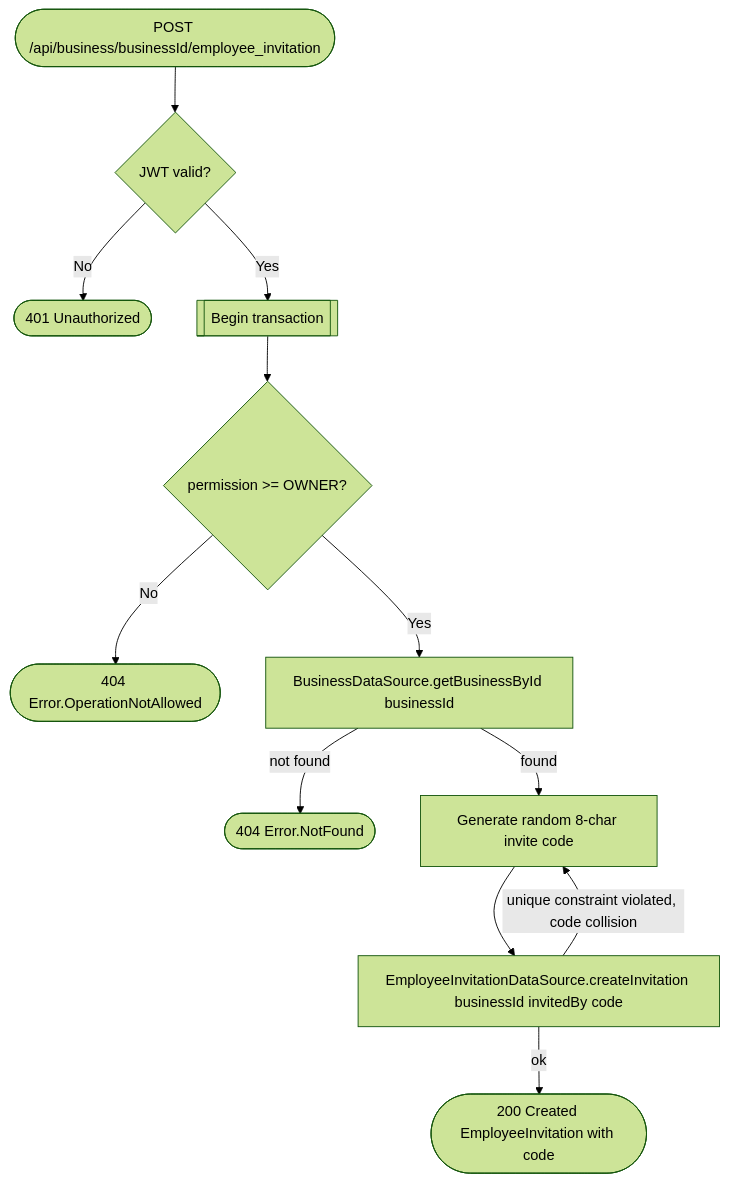
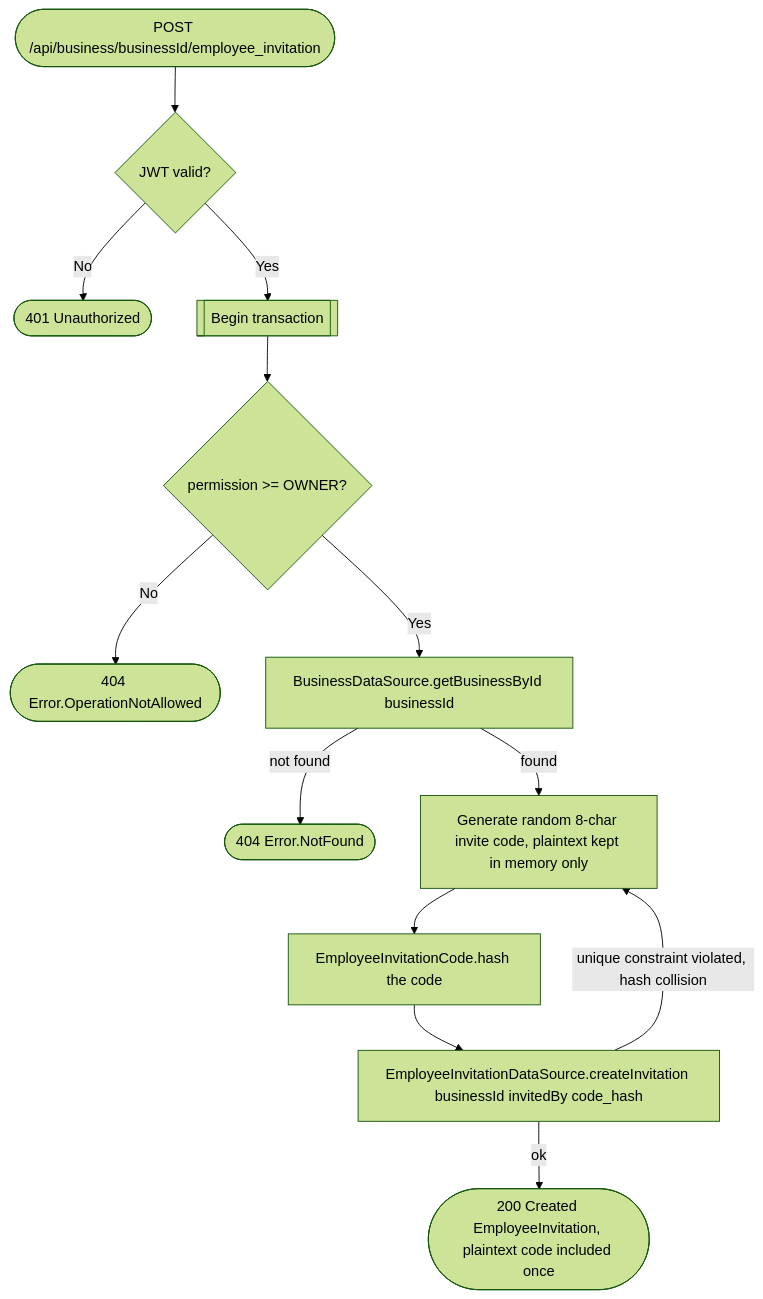
One commit to an22/bookk.me-backend changed the diagram in docs/operations/business/create-employee-invitation.md. Above: the diagram before and after it, drawn with Mermaid (forest theme). The commit also changed other lines of this file and 16 other files, not shown here.

````diff
--- a/docs/operations/business/create-employee-invitation.md
+++ b/docs/operations/business/create-employee-invitation.md
@@ -22,14 +36,15 @@
 ```mermaid
 flowchart TD
     Start([POST /api/business/businessId/employee_invitation]) --> Auth{JWT valid?}
     Auth -- No --> R401([401 Unauthorized])
     Auth -- Yes --> Tx[[Begin transaction]]
     Tx --> Perm{permission >= OWNER?}
     Perm -- No --> R404a([404 Error.OperationNotAllowed])
     Perm -- Yes --> GetBiz[BusinessDataSource.getBusinessById businessId]
     GetBiz -- not found --> R404b([404 Error.NotFound])
-    GetBiz -- found --> GenCode[Generate random 8-char invite code]
-    GenCode --> CreateInvite[EmployeeInvitationDataSource.createInvitation businessId invitedBy code]
-    CreateInvite -- unique constraint violated, code collision --> GenCode
-    CreateInvite -- ok --> R200([200 Created EmployeeInvitation with code])
+    GetBiz -- found --> GenCode[Generate random 8-char invite code, plaintext kept in memory only]
+    GenCode --> HashCode[EmployeeInvitationCode.hash the code]
+    HashCode --> CreateInvite[EmployeeInvitationDataSource.createInvitation businessId invitedBy code_hash]
+    CreateInvite -- unique constraint violated, hash collision --> GenCode
+    CreateInvite -- ok --> R200([200 Created EmployeeInvitation, plaintext code included once])
 ```
````
